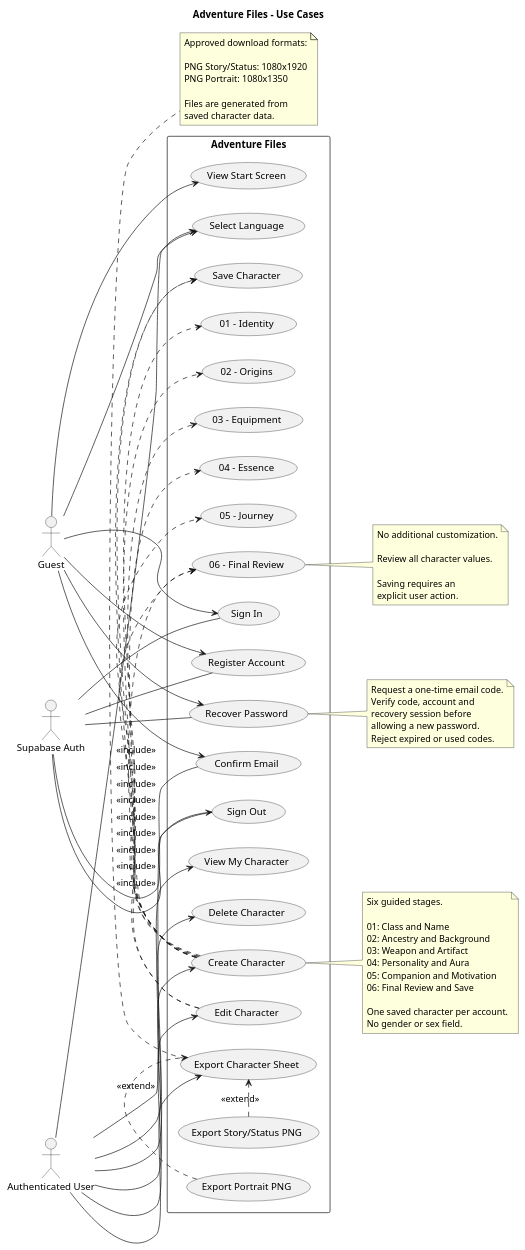
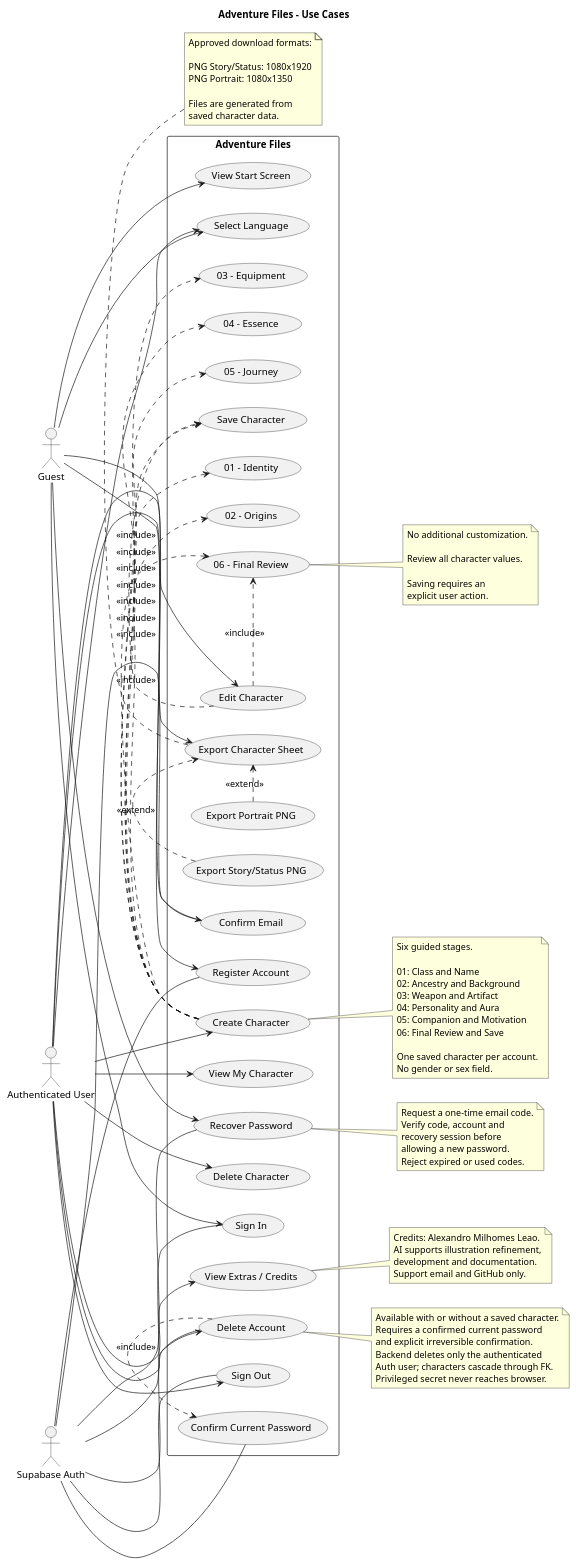
One commit to AlexandroLeao/rpg-character-creator changed the diagram in docs/uml/use-cases.puml. Above: the diagram before and after it, drawn with PlantUML. The commit also changed 2 other files, not shown here.

Commit message:
docs(architecture): specify account deletion and extras use cases

```diff
--- a/docs/uml/use-cases.puml
+++ b/docs/uml/use-cases.puml
@@ -1,120 +1,145 @@
 @startuml
 title Adventure Files - Use Cases
 
 left to right direction
 
 skinparam shadowing false
 skinparam packageStyle rectangle
 
 actor "Guest" as Guest
 actor "Authenticated User" as User
 actor "Supabase Auth" as Auth
 
 rectangle "Adventure Files" {
 
     usecase "View Start Screen" as Welcome
     usecase "Select Language" as Language
 
     usecase "Register Account" as Register
     usecase "Confirm Email" as Confirm
     usecase "Sign In" as Login
     usecase "Recover Password" as Recover
     usecase "Sign Out" as Logout
 
     usecase "Create Character" as Create
 
     usecase "01 - Identity" as Identity
     usecase "02 - Origins" as Origins
     usecase "03 - Equipment" as Equipment
     usecase "04 - Essence" as Essence
     usecase "05 - Journey" as Journey
     usecase "06 - Final Review" as Review
 
     usecase "Save Character" as Save
 
     usecase "View My Character" as View
     usecase "Edit Character" as Edit
     usecase "Delete Character" as Delete
+    usecase "Delete Account" as DeleteAccount
+    usecase "Confirm Current Password" as Reauthenticate
+    usecase "View Extras / Credits" as Extras
 
     usecase "Export Character Sheet" as Export
     usecase "Export Story/Status PNG" as ExportStory
     usecase "Export Portrait PNG" as ExportPortrait
 }
 
 Guest --> Welcome
 Guest --> Language
 Guest --> Register
 Guest --> Confirm
 Guest --> Login
 Guest --> Recover
 
 User --> Language
 User --> Logout
 User --> Create
 User --> View
 User --> Edit
 User --> Delete
+User --> DeleteAccount
+User --> Extras
 User --> Export
 
 Create .> Identity : <<include>>
 Create .> Origins : <<include>>
 Create .> Equipment : <<include>>
 Create .> Essence : <<include>>
 Create .> Journey : <<include>>
 Create .> Review : <<include>>
 Create .> Save : <<include>>
 
 Edit .> Review : <<include>>
 Edit .> Save : <<include>>
 
+DeleteAccount .> Reauthenticate : <<include>>
+
 ExportStory .> Export : <<extend>>
 ExportPortrait .> Export : <<extend>>
 
 Auth -- Register
 Auth -- Confirm
 Auth -- Login
 Auth -- Recover
 Auth -- Logout
+Auth -- Reauthenticate
+Auth -- DeleteAccount
 
 note right of Recover
   Request a one-time email code.
   Verify code, account and
   recovery session before
   allowing a new password.
   Reject expired or used codes.
+end note
+
+note right of DeleteAccount
+  Available with or without a saved character.
+  Requires a confirmed current password
+  and explicit irreversible confirmation.
+  Backend deletes only the authenticated
+  Auth user; characters cascade through FK.
+  Privileged secret never reaches browser.
+end note
+
+note right of Extras
+  Credits: Alexandro Milhomes Leao.
+  AI supports illustration refinement,
+  development and documentation.
+  Support email and GitHub only.
 end note
 
 note right of Create
   Six guided stages.
 
   01: Class and Name
   02: Ancestry and Background
   03: Weapon and Artifact
   04: Personality and Aura
   05: Companion and Motivation
   06: Final Review and Save
 
   One saved character per account.
   No gender or sex field.
 end note
 
 note right of Review
   No additional customization.
 
   Review all character values.
 
   Saving requires an
   explicit user action.
 end note
 
 note bottom of Export
   Approved download formats:
 
   PNG Story/Status: 1080x1920
   PNG Portrait: 1080x1350
 
   Files are generated from
   saved character data.
 end note
 
 @enduml
```
